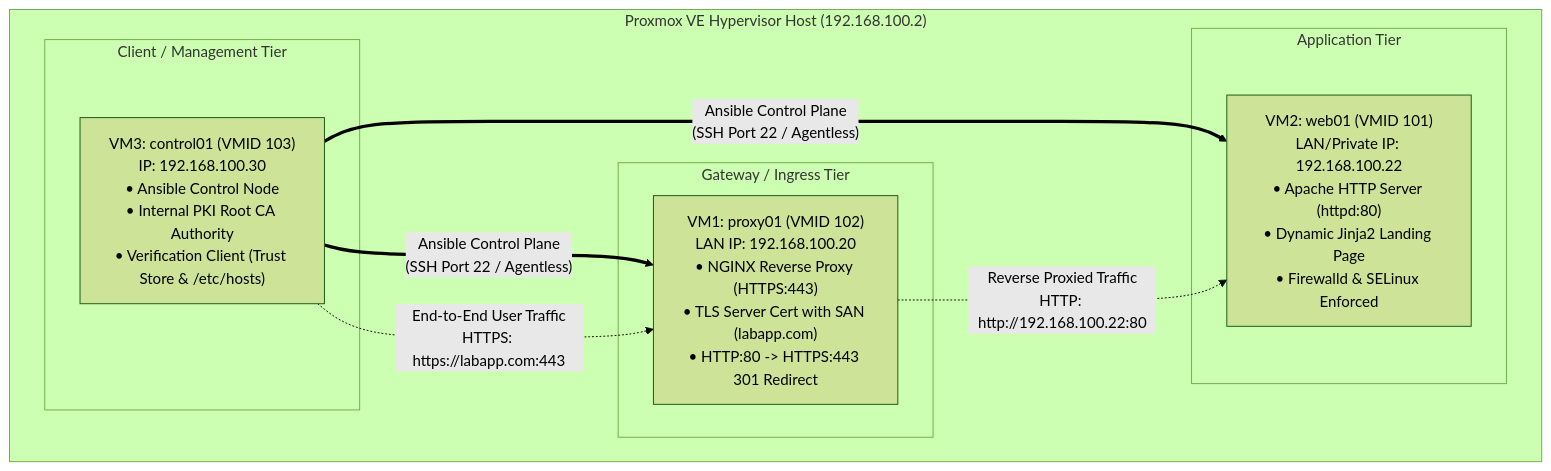
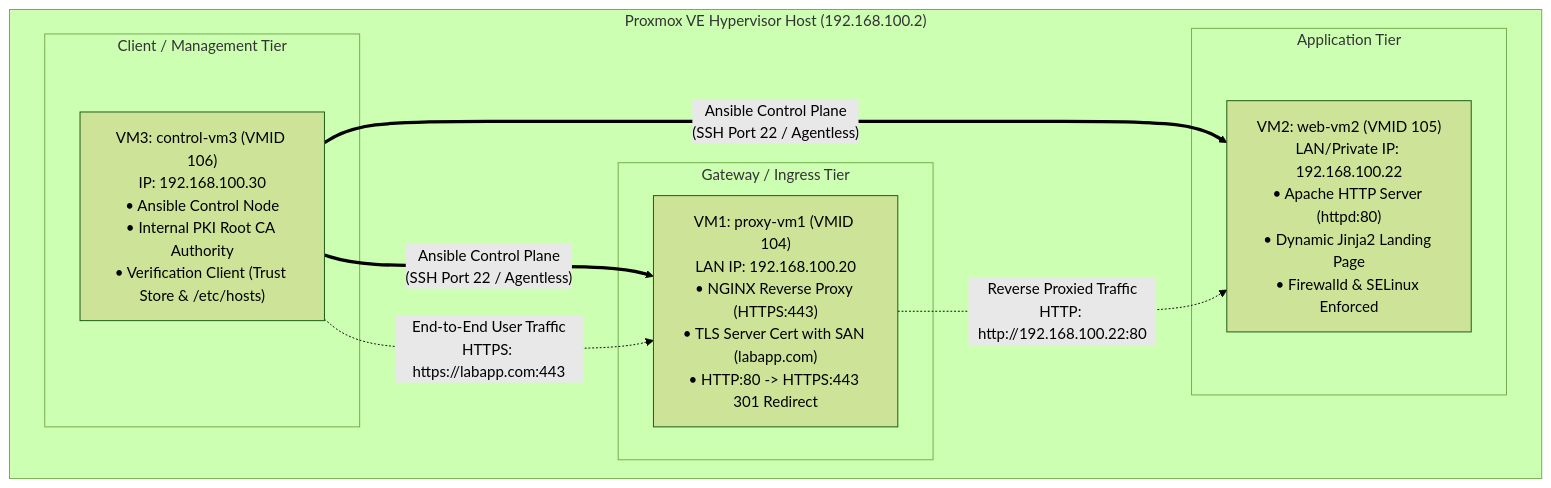
Before and after one commit to sylthecatto/airnav-notes: the first of 2 diagrams in AirNav DAS/Ansible - Deployment Automation/OLIVERIO — Phase 3 Complete End-to-End Master Runbook.md, drawn with Mermaid (forest theme). The commit also changed other lines of this file, not shown here.

Commit message:
docs: update Master Runbook to preserve existing VMs on disk and provision proxy-vm1, web-vm2, control-vm3

````diff
--- a/AirNav DAS/Ansible - Deployment Automation/OLIVERIO — Phase 3 Complete End-to-End Master Runbook.md
+++ b/AirNav DAS/Ansible - Deployment Automation/OLIVERIO — Phase 3 Complete End-to-End Master Runbook.md
@@ -40,21 +40,21 @@
 ```mermaid
 flowchart TD
     subgraph Proxmox_Hypervisor["Proxmox VE Hypervisor Host (192.168.100.2)"]
         subgraph Control_Client_Tier["Client / Management Tier"]
-            VM3["VM3: control01 (VMID 103)\nIP: 192.168.100.30\n• Ansible Control Node\n• Internal PKI Root CA Authority\n• Verification Client (Trust Store & /etc/hosts)"]
+            VM3["VM3: control-vm3 (VMID 106)\nIP: 192.168.100.30\n• Ansible Control Node\n• Internal PKI Root CA Authority\n• Verification Client (Trust Store & /etc/hosts)"]
         end
 
         subgraph Reverse_Proxy_Tier["Gateway / Ingress Tier"]
-            VM1["VM1: proxy01 (VMID 102)\nLAN IP: 192.168.100.20\n• NGINX Reverse Proxy (HTTPS:443)\n• TLS Server Cert with SAN (labapp.com)\n• HTTP:80 -> HTTPS:443 301 Redirect"]
+            VM1["VM1: proxy-vm1 (VMID 104)\nLAN IP: 192.168.100.20\n• NGINX Reverse Proxy (HTTPS:443)\n• TLS Server Cert with SAN (labapp.com)\n• HTTP:80 -> HTTPS:443 301 Redirect"]
         end
 
         subgraph Backend_Web_Tier["Application Tier"]
-            VM2["VM2: web01 (VMID 101)\nLAN/Private IP: 192.168.100.22\n• Apache HTTP Server (httpd:80)\n• Dynamic Jinja2 Landing Page\n• Firewalld & SELinux Enforced"]
+            VM2["VM2: web-vm2 (VMID 105)\nLAN/Private IP: 192.168.100.22\n• Apache HTTP Server (httpd:80)\n• Dynamic Jinja2 Landing Page\n• Firewalld & SELinux Enforced"]
         end
     end
 
     VM3 ==>|"Ansible Control Plane\n(SSH Port 22 / Agentless)"| VM1
     VM3 ==>|"Ansible Control Plane\n(SSH Port 22 / Agentless)"| VM2
     VM3 -.->|"End-to-End User Traffic\nHTTPS: https://labapp.com:443"| VM1
     VM1 -.->|"Reverse Proxied Traffic\nHTTP: http://192.168.100.22:80"| VM2
 ```
````
